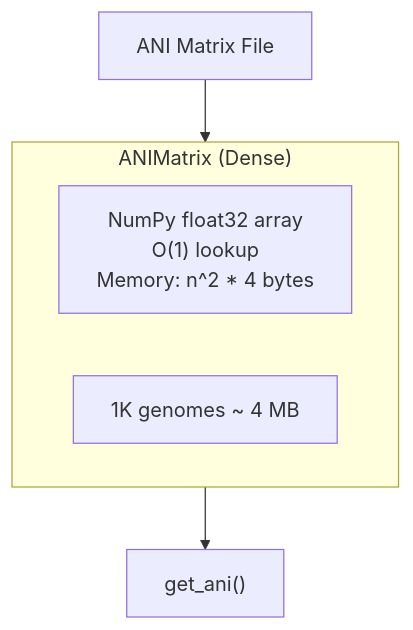
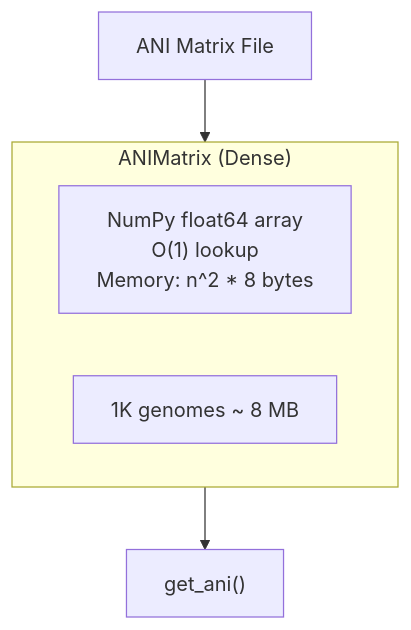
The sixth of 20 diagrams in docs/ARCHITECTURE.md (FOI-Bioinformatics/metadarkmatter), drawn with Mermaid before and after one commit. The commit also changed other lines of this file and 3 other files, not shown here.

````diff
--- a/docs/ARCHITECTURE.md
+++ b/docs/ARCHITECTURE.md
@@ -222,11 +241,11 @@
 ```mermaid
 flowchart TB
     subgraph dense["ANIMatrix (Dense)"]
         direction LR
-        D_DESC["NumPy float32 array<br/>O(1) lookup<br/>Memory: n^2 * 4 bytes"]
-        D_USE["1K genomes ~ 4 MB"]
+        D_DESC["NumPy float64 array<br/>O(1) lookup<br/>Memory: n^2 * 8 bytes"]
+        D_USE["1K genomes ~ 8 MB"]
     end
 
     FILE["ANI Matrix File"] --> dense
     dense --> LOOKUP["get_ani()"]
 ```
````
